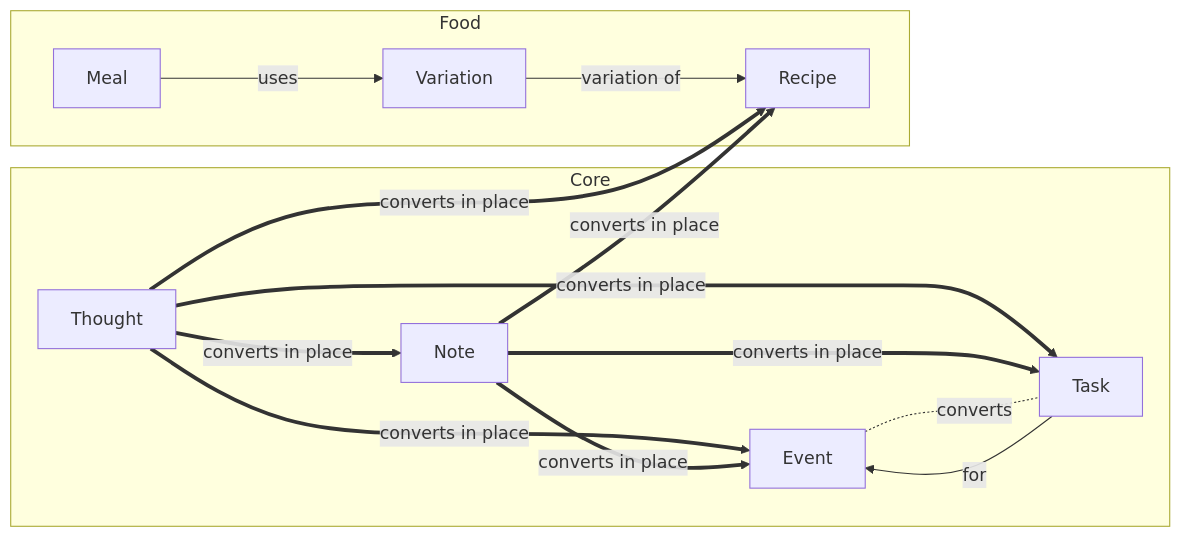
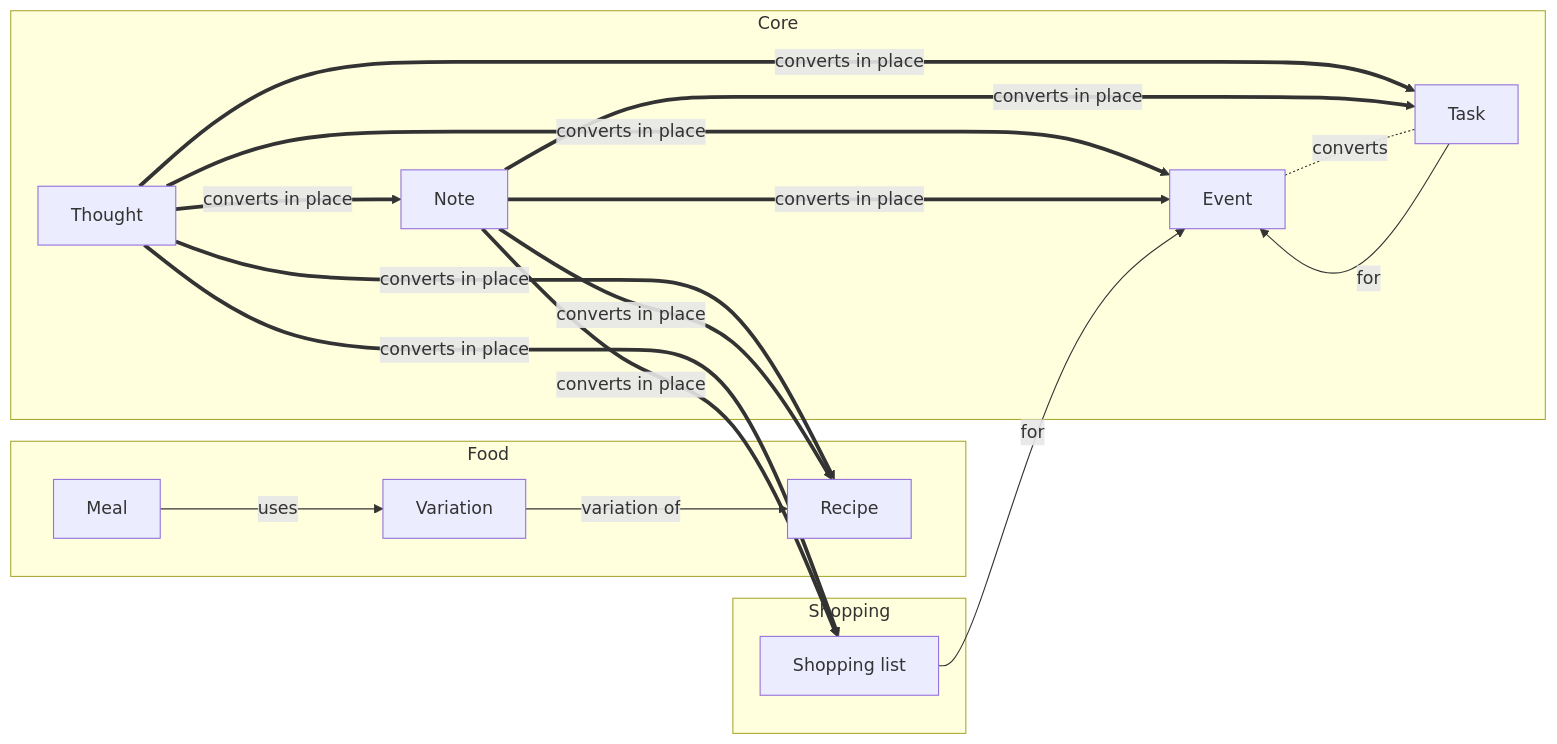
The first of 3 diagrams in docs/20-architecture/data-model.md (joestables/lifeos), drawn with Mermaid before and after one commit. The commit also changed other lines of this file and 17 other files, not shown here.

First line of the commit message:
Stage 4b, step 4: the shopping schema

````diff
--- a/docs/20-architecture/data-model.md
+++ b/docs/20-architecture/data-model.md
@@ -338,27 +338,33 @@
 ```mermaid
 flowchart LR
   subgraph CORE[Core]
     Thought[Thought]
     Note[Note]
     Task[Task]
     Event[Event]
   end
   subgraph FOOD[Food]
     Recipe[Recipe]
     Variation[Variation]
     Meal[Meal]
   end
+  subgraph SHOPPING[Shopping]
+    Shopping_list[Shopping list]
+  end
 
   Thought == converts in place ==> Event
   Thought == converts in place ==> Note
   Thought == converts in place ==> Recipe
+  Thought == converts in place ==> Shopping_list
   Thought == converts in place ==> Task
   Note == converts in place ==> Event
   Note == converts in place ==> Recipe
+  Note == converts in place ==> Shopping_list
   Note == converts in place ==> Task
   Event -. converts .- Task
 
   Task -- for --> Event
+  Shopping_list -- for --> Event
   Meal -- uses --> Variation
   Variation -- variation of --> Recipe
 ```
````
